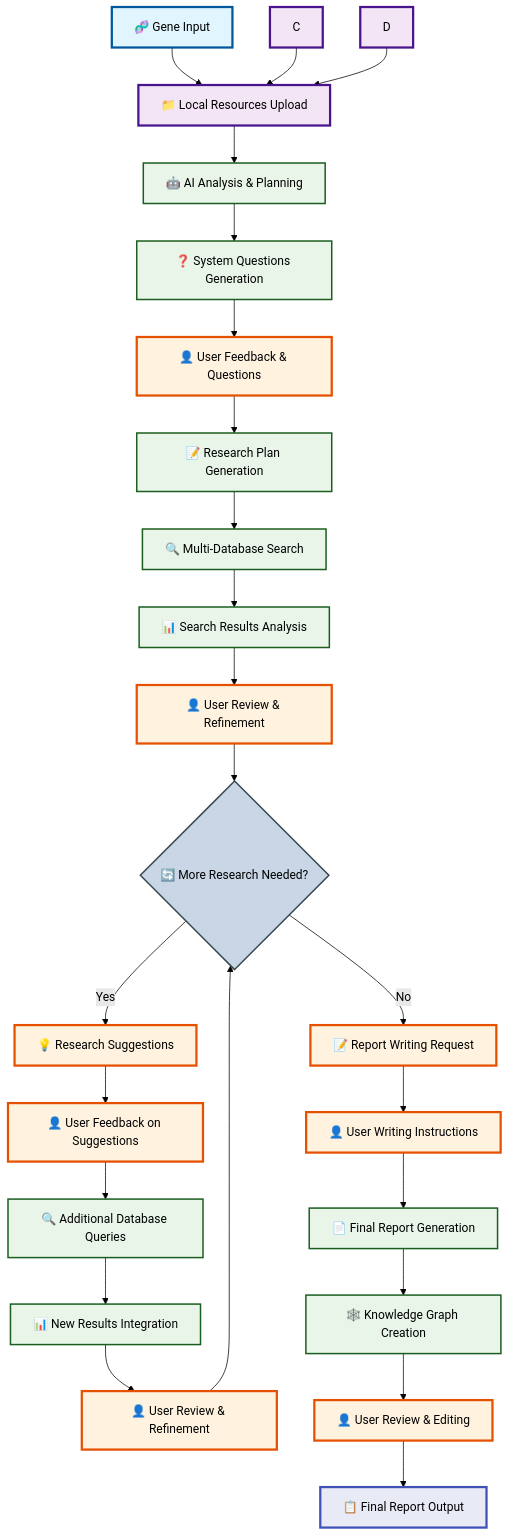
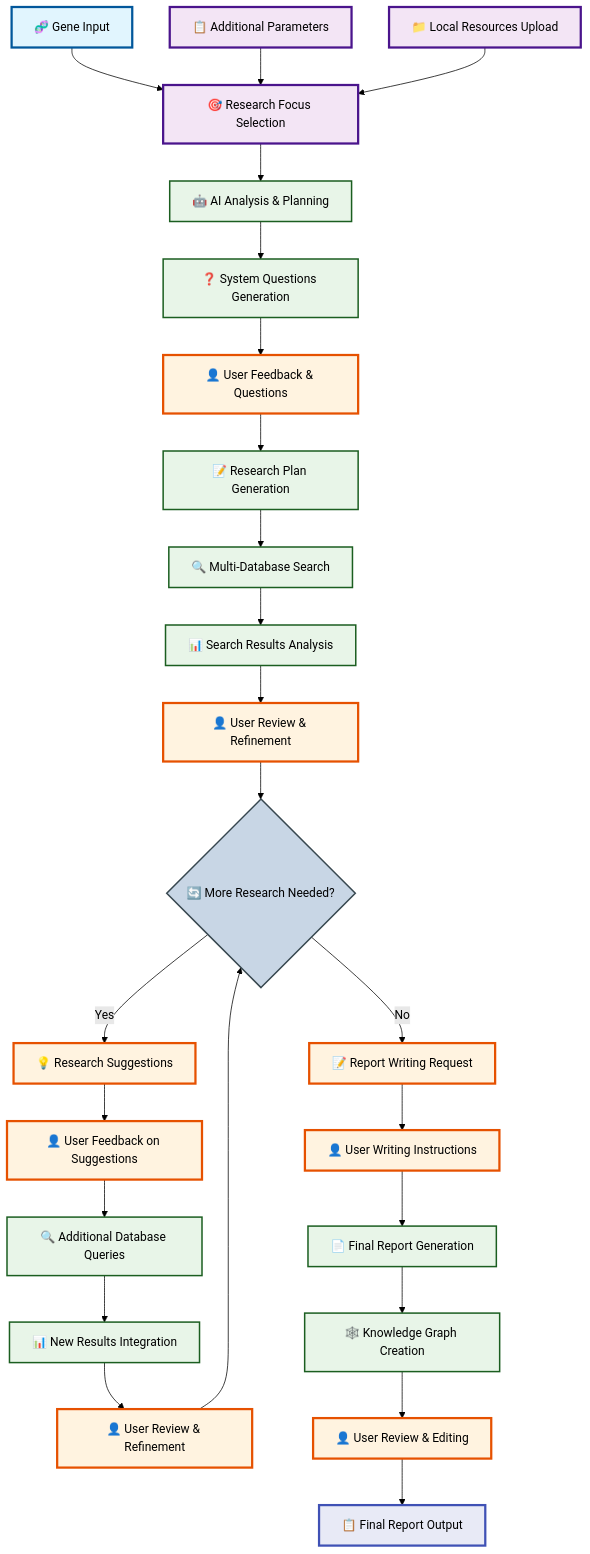
One commit to Scilence2022/DeepGeneResearch changed the diagram in README.md. Above: the diagram before and after it, drawn with Mermaid (forest theme).

````diff
--- a/README.md
+++ b/README.md
@@ -217,64 +217,64 @@
 ```mermaid
 flowchart TB
     %% User Input Phase
     A[🧬 Gene Input] --> B[🎯 Research Focus Selection]
-    C --> B[📋 Additional Parameters]
-    D --> B[📁 Local Resources Upload]
+    C[📋 Additional Parameters] --> B
+    D[📁 Local Resources Upload] --> B
     
     %% AI Analysis Phase
     B --> E[🤖 AI Analysis & Planning]
     E --> F[❓ System Questions Generation]
     F --> G[👤 User Feedback & Questions]
     G --> H[📝 Research Plan Generation]
     
     %% Search Phase
     H --> I[🔍 Multi-Database Search]
     I --> J[📊 Search Results Analysis]
     J --> K[👤 User Review & Refinement]
     K --> L{🔄 More Research Needed?}
     
     %% Iteration Loop
     L -->|Yes| M[💡 Research Suggestions]
     M --> N[👤 User Feedback on Suggestions]
     N --> O[🔍 Additional Database Queries]
     O --> P[📊 New Results Integration]
     P --> Q[👤 User Review & Refinement]
     Q --> L
     
     %% Final Phase
     L -->|No| R[📝 Report Writing Request]
     R --> S[👤 User Writing Instructions]
     S --> T[📄 Final Report Generation]
     T --> U[🕸️ Knowledge Graph Creation]
     U --> V[👤 User Review & Editing]
     V --> W[📋 Final Report Output]
     
     %% User Interaction Styling
     style A fill:#e1f5fe,stroke:#01579b,stroke-width:3px
     style B fill:#f3e5f5,stroke:#4a148c,stroke-width:3px
     style C fill:#f3e5f5,stroke:#4a148c,stroke-width:3px
     style D fill:#f3e5f5,stroke:#4a148c,stroke-width:3px
     style G fill:#fff3e0,stroke:#e65100,stroke-width:3px
     style K fill:#fff3e0,stroke:#e65100,stroke-width:3px
     style M fill:#fff3e0,stroke:#e65100,stroke-width:3px
     style N fill:#fff3e0,stroke:#e65100,stroke-width:3px
     style Q fill:#fff3e0,stroke:#e65100,stroke-width:3px
     style R fill:#fff3e0,stroke:#e65100,stroke-width:3px
     style S fill:#fff3e0,stroke:#e65100,stroke-width:3px
     style V fill:#fff3e0,stroke:#e65100,stroke-width:3px
     
     %% AI Processing Styling
     style E fill:#e8f5e8,stroke:#1b5e20,stroke-width:2px
     style F fill:#e8f5e8,stroke:#1b5e20,stroke-width:2px
     style H fill:#e8f5e8,stroke:#1b5e20,stroke-width:2px
     style I fill:#e8f5e8,stroke:#1b5e20,stroke-width:2px
     style J fill:#e8f5e8,stroke:#1b5e20,stroke-width:2px
     style O fill:#e8f5e8,stroke:#1b5e20,stroke-width:2px
     style P fill:#e8f5e8,stroke:#1b5e20,stroke-width:2px
     style T fill:#e8f5e8,stroke:#1b5e20,stroke-width:2px
     style U fill:#e8f5e8,stroke:#1b5e20,stroke-width:2px
     
     %% Decision and Output Styling
     style L fill:#c8d6e5,stroke:#37474f,stroke-width:2px
     style W fill:#e8eaf6,stroke:#3f51b5,stroke-width:3px
 ```
````
